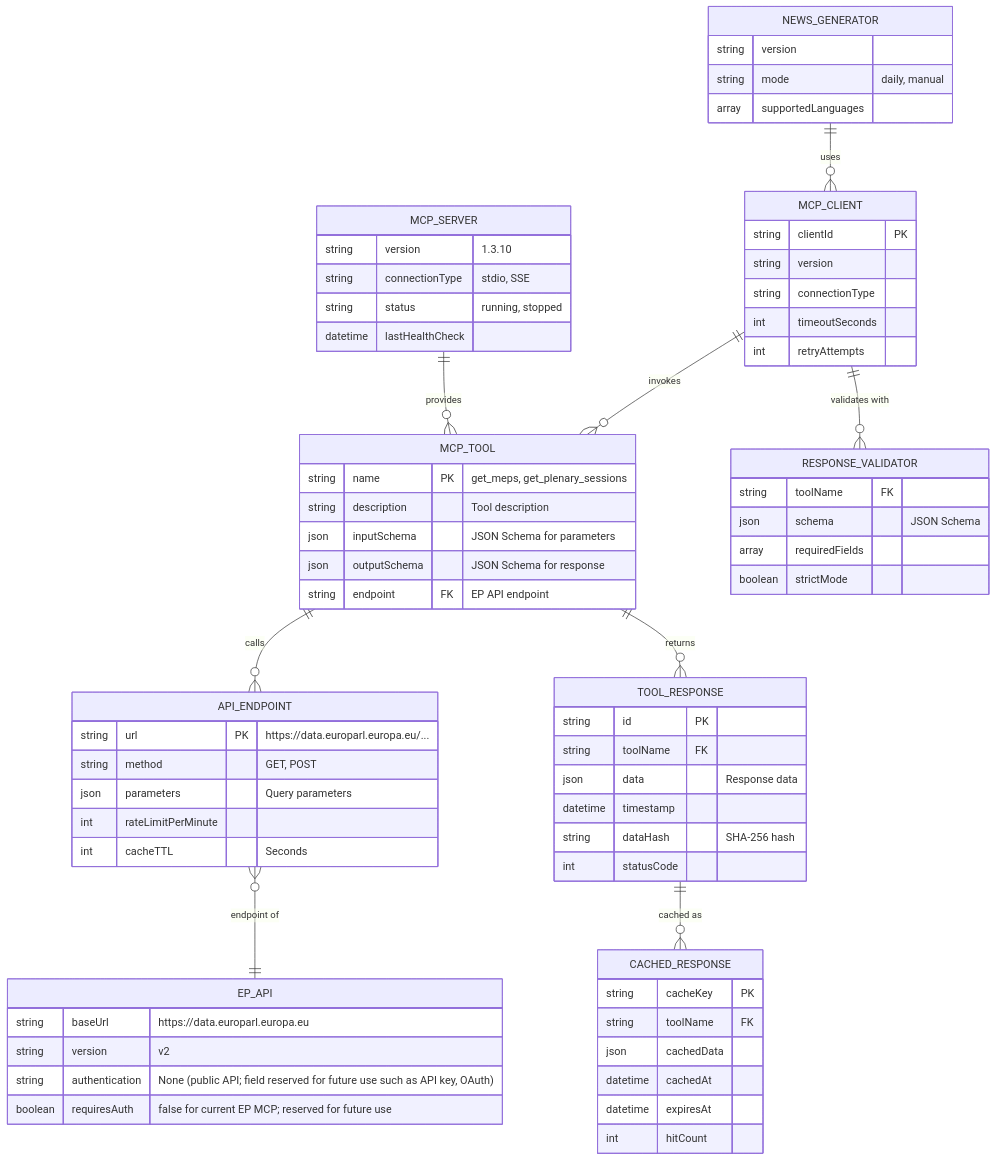
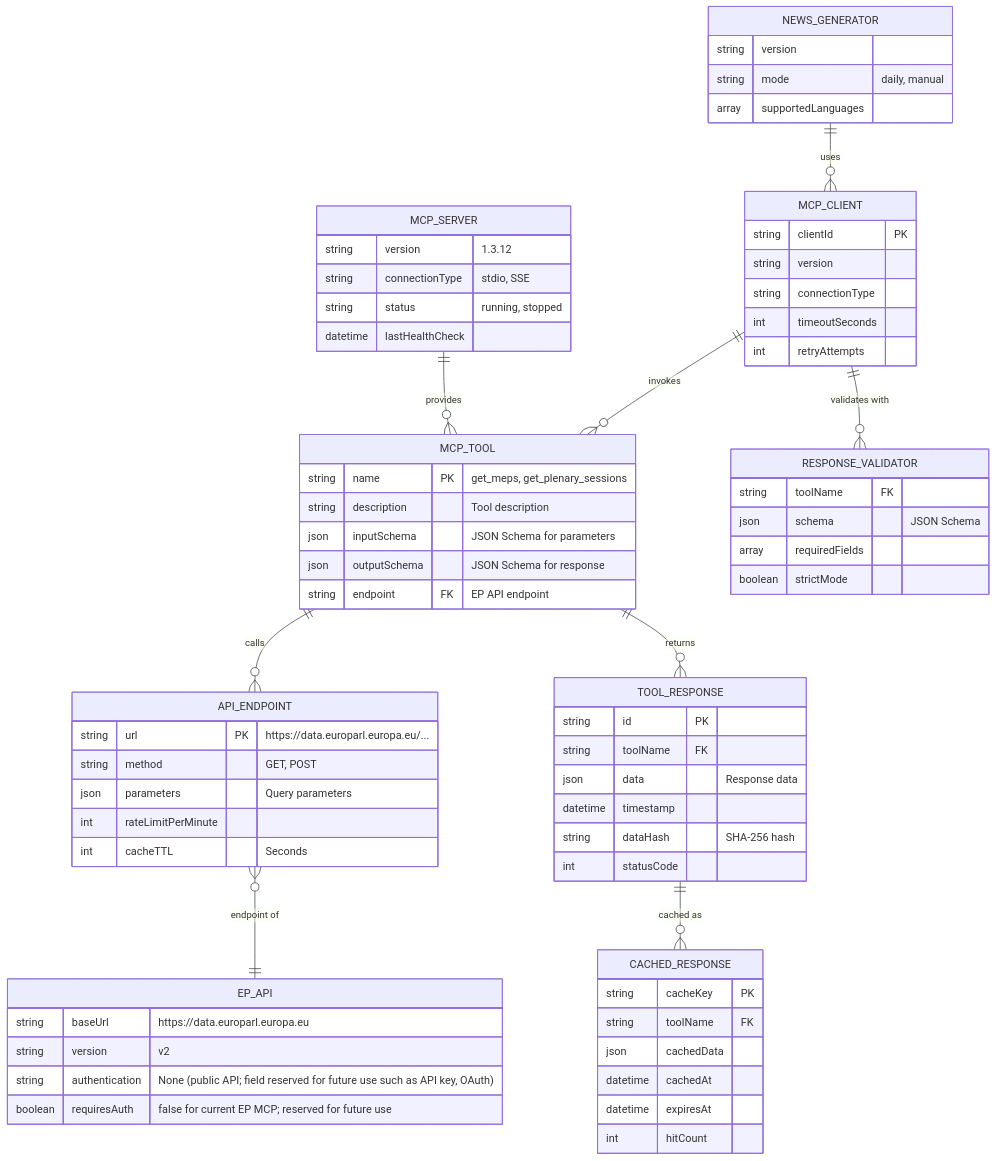
Before and after one commit to Hack23/euparliamentmonitor: the third of 9 diagrams in DATA_MODEL.md, drawn with Mermaid. The commit also changed other lines of this file and 55 other files, not shown here.

````diff
--- a/DATA_MODEL.md
+++ b/DATA_MODEL.md
@@ -974,81 +974,81 @@
 ```mermaid
 erDiagram
     MCP_SERVER ||--o{ MCP_TOOL : "provides"
     MCP_TOOL ||--o{ API_ENDPOINT : "calls"
     API_ENDPOINT }o--|| EP_API : "endpoint of"
     MCP_TOOL ||--o{ TOOL_RESPONSE : "returns"
     TOOL_RESPONSE ||--o{ CACHED_RESPONSE : "cached as"
 
     NEWS_GENERATOR ||--o{ MCP_CLIENT : "uses"
     MCP_CLIENT ||--o{ MCP_TOOL : "invokes"
     MCP_CLIENT ||--o{ RESPONSE_VALIDATOR : "validates with"
 
     MCP_SERVER {
-        string version "1.3.10"
+        string version "1.3.12"
         string connectionType "stdio, SSE"
         string status "running, stopped"
         datetime lastHealthCheck
     }
 
     MCP_TOOL {
         string name PK "get_meps, get_plenary_sessions"
         string description "Tool description"
         json inputSchema "JSON Schema for parameters"
         json outputSchema "JSON Schema for response"
         string endpoint FK "EP API endpoint"
     }
 
     API_ENDPOINT {
         string url PK "https://data.europarl.europa.eu/..."
         string method "GET, POST"
         json parameters "Query parameters"
         int rateLimitPerMinute
         int cacheTTL "Seconds"
     }
 
     EP_API {
         string baseUrl "https://data.europarl.europa.eu"
         string version "v2"
         string authentication "None (public API; field reserved for future use such as API key, OAuth)"
         boolean requiresAuth "false for current EP MCP; reserved for future use"
     }
 
     TOOL_RESPONSE {
         string id PK
         string toolName FK
         json data "Response data"
         datetime timestamp
         string dataHash "SHA-256 hash"
         int statusCode
     }
 
     CACHED_RESPONSE {
         string cacheKey PK
         string toolName FK
         json cachedData
         datetime cachedAt
         datetime expiresAt
         int hitCount
     }
 
     MCP_CLIENT {
         string clientId PK
         string version
         string connectionType
         int timeoutSeconds
         int retryAttempts
     }
 
     RESPONSE_VALIDATOR {
         string toolName FK
         json schema "JSON Schema"
         array requiredFields
         boolean strictMode
     }
 
     NEWS_GENERATOR {
         string version
         string mode "daily, manual"
         array supportedLanguages
     }
 ```
````
